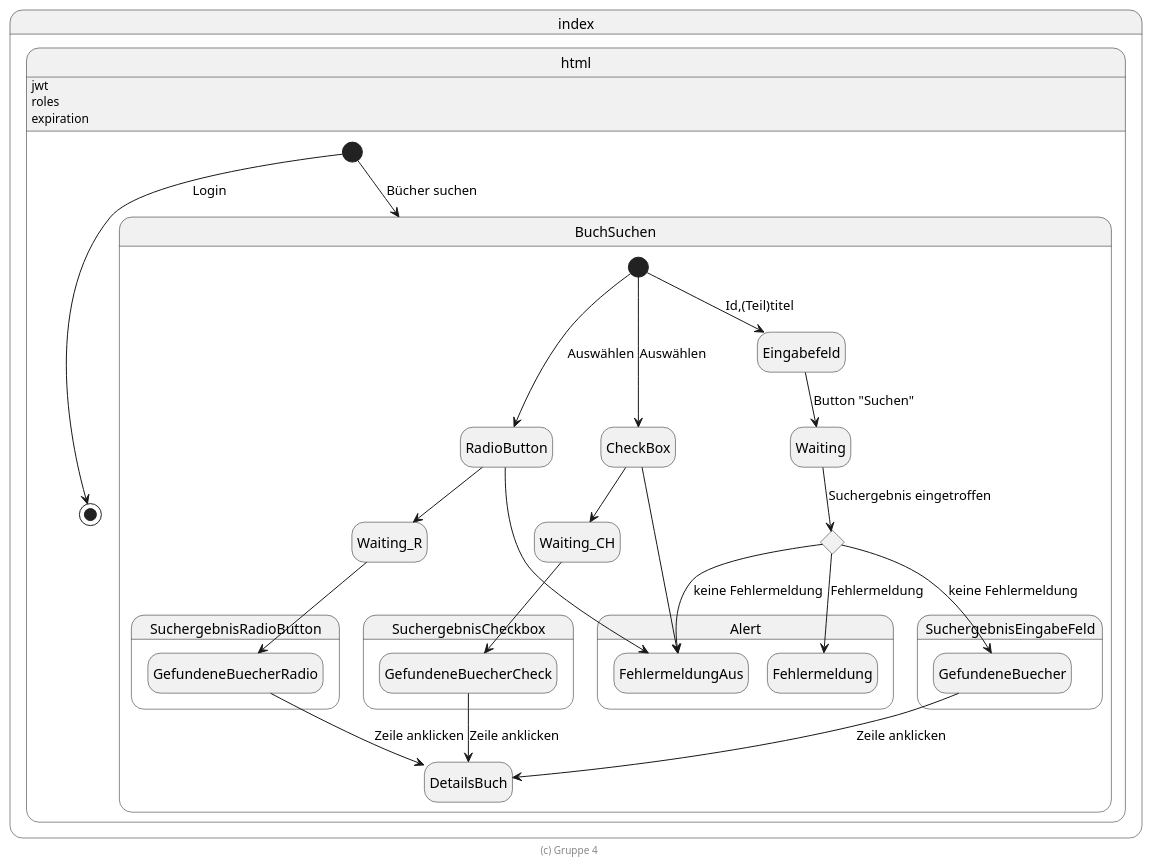
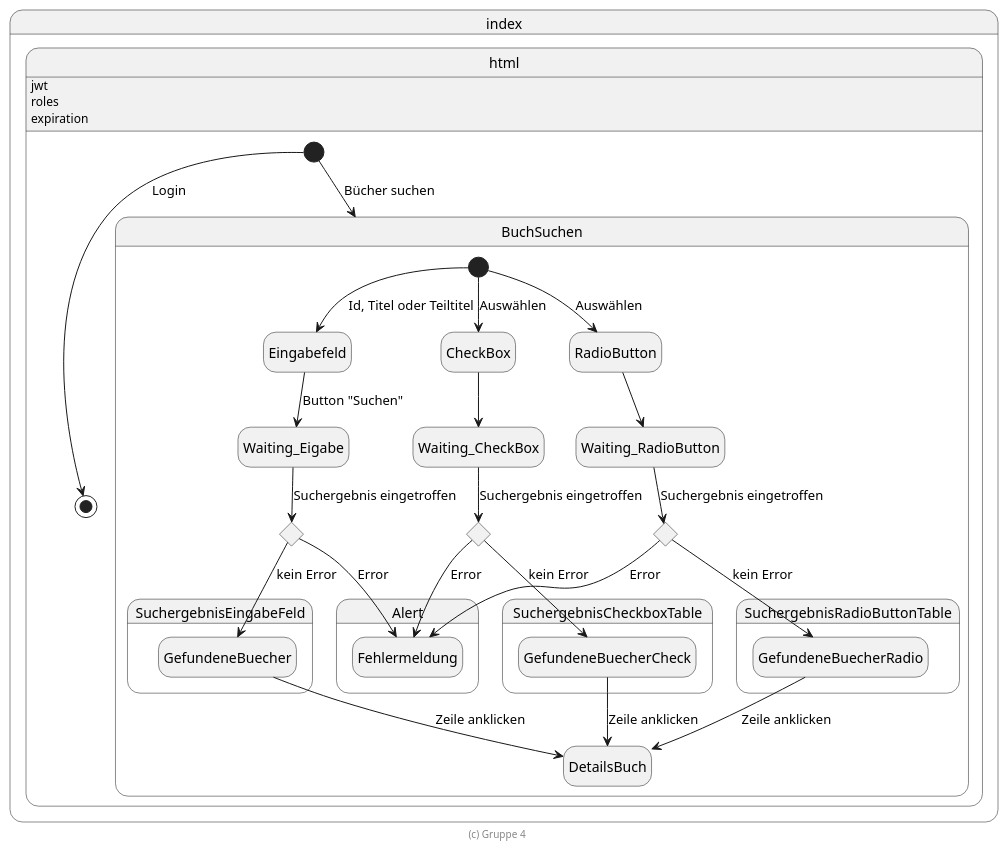
Before and after one commit to Atomfried13/swe_abgabe_2_webserver: the diagram in doc/gast.plantuml, drawn with PlantUML.

Commit message:
Change: gast.plantulm

```diff
--- a/doc/gast.plantuml
+++ b/doc/gast.plantuml
@@ -1,57 +1,55 @@
 @startuml Zustandsdiagramm
 
 hide empty description
 
 state index.html {
     index.html: jwt
     index.html: roles
     index.html: expiration
 
     [*] --> [*]: Login
     [*] --> BuchSuchen: Bücher suchen
 
     state BuchSuchen {
-        [*] --> Eingabefeld: Id,(Teil)titel
-        Eingabefeld --> Waiting : Button "Suchen"
+        [*] --> Eingabefeld: Id, Titel oder Teiltitel
+        Eingabefeld --> Waiting_Eigabe : Button "Suchen"
         state SuchergebnisEingabe <<choice>>
-        Waiting --> SuchergebnisEingabe: Suchergebnis eingetroffen
+        Waiting_Eigabe --> SuchergebnisEingabe: Suchergebnis eingetroffen
 
         state SuchergebnisEingabeFeld {
-            SuchergebnisEingabe --> GefundeneBuecher: keine Fehlermeldung
+            SuchergebnisEingabe --> GefundeneBuecher: kein Error
+        }
+
+        [*] -right--> RadioButton: Auswählen
+        RadioButton --> Waiting_RadioButton
+         state SuchergebnisRadioButton <<choice>>
+         Waiting_RadioButton --> SuchergebnisRadioButton: Suchergebnis eingetroffen
+
+        state SuchergebnisRadioButtonTable {
+            SuchergebnisRadioButton --> GefundeneBuecherRadio: kein Error
+        }
+
+        [*] --> CheckBox: Auswählen
+        CheckBox --> Waiting_CheckBox
+        state SuchergebnisCheckBox <<choice>>
+         Waiting_CheckBox --> SuchergebnisCheckBox: Suchergebnis eingetroffen
+
+         state SuchergebnisCheckboxTable {
+            SuchergebnisCheckBox --> GefundeneBuecherCheck: kein Error
         }
 
         state Alert {
-            SuchergebnisEingabe --> Fehlermeldung: Fehlermeldung
-             SuchergebnisEingabe --> FehlermeldungAus: keine Fehlermeldung
-        }
-
-        [*] -right--> RadioButton: Auswählen
-        RadioButton --> Waiting_R
-        state SuchergebnisRadioButton {
-            Waiting_R --> GefundeneBuecherRadio
-        }
-
-        state Alert {
-            RadioButton --> FehlermeldungAus
-        }
-
-        [*] --> CheckBox: Auswählen
-        CheckBox --> Waiting_CH
-
-        state SuchergebnisCheckbox {
-            Waiting_CH --> GefundeneBuecherCheck
-        }
-
-        state Alert {
-            CheckBox --> FehlermeldungAus
+            SuchergebnisRadioButton --> Fehlermeldung: Error
+            SuchergebnisEingabe --> Fehlermeldung: Error
+            SuchergebnisCheckBox --> Fehlermeldung: Error
         }
 
          GefundeneBuecher -down-> DetailsBuch: Zeile anklicken
          GefundeneBuecherRadio -down-> DetailsBuch: Zeile anklicken
          GefundeneBuecherCheck -down-> DetailsBuch: Zeile anklicken
     }
 }
 
 footer (c) Gruppe 4
 
 @enduml
```
